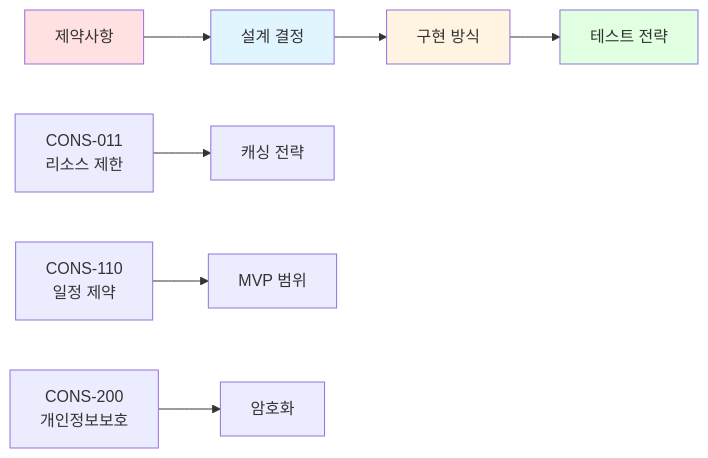
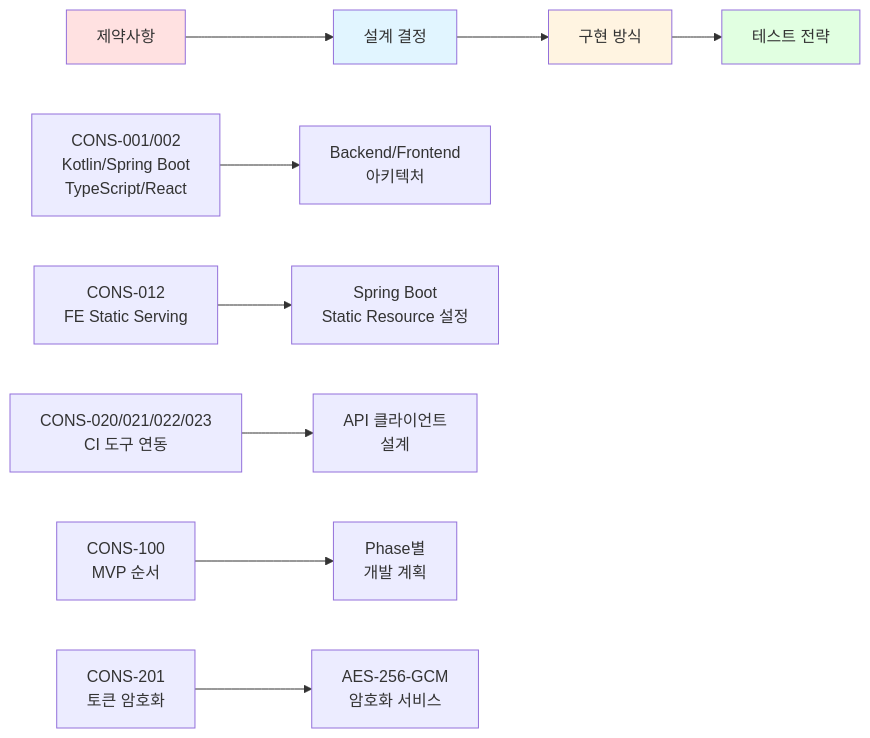
The second of 2 diagrams in docs/requirements/constraints.md (kost0806/ci-hub), drawn with Mermaid before and after one commit. The commit also changed other lines of this file and 6 other files, not shown here.

````diff
--- a/docs/requirements/constraints.md
+++ b/docs/requirements/constraints.md
@@ -354,15 +350,17 @@
 ```mermaid
 graph LR
     A[제약사항] --> B[설계 결정]
     B --> C[구현 방식]
     C --> D[테스트 전략]
 
-    A1[CONS-011<br/>리소스 제한] --> B1[캐싱 전략]
-    A2[CONS-110<br/>일정 제약] --> B2[MVP 범위]
-    A3[CONS-200<br/>개인정보보호] --> B3[암호화]
+    A1[CONS-001/002<br/>Kotlin/Spring Boot<br/>TypeScript/React] --> B1[Backend/Frontend<br/>아키텍처]
+    A2[CONS-012<br/>FE Static Serving] --> B2[Spring Boot<br/>Static Resource 설정]
+    A3[CONS-020/021/022/023<br/>CI 도구 연동] --> B3[API 클라이언트<br/>설계]
+    A4[CONS-100<br/>MVP 순서] --> B4[Phase별<br/>개발 계획]
+    A5[CONS-201<br/>토큰 암호화] --> B5[AES-256-GCM<br/>암호화 서비스]
 
     style A fill:#ffe1e1
     style B fill:#e1f5ff
     style C fill:#fff4e1
     style D fill:#e1ffe1
 ```
````
